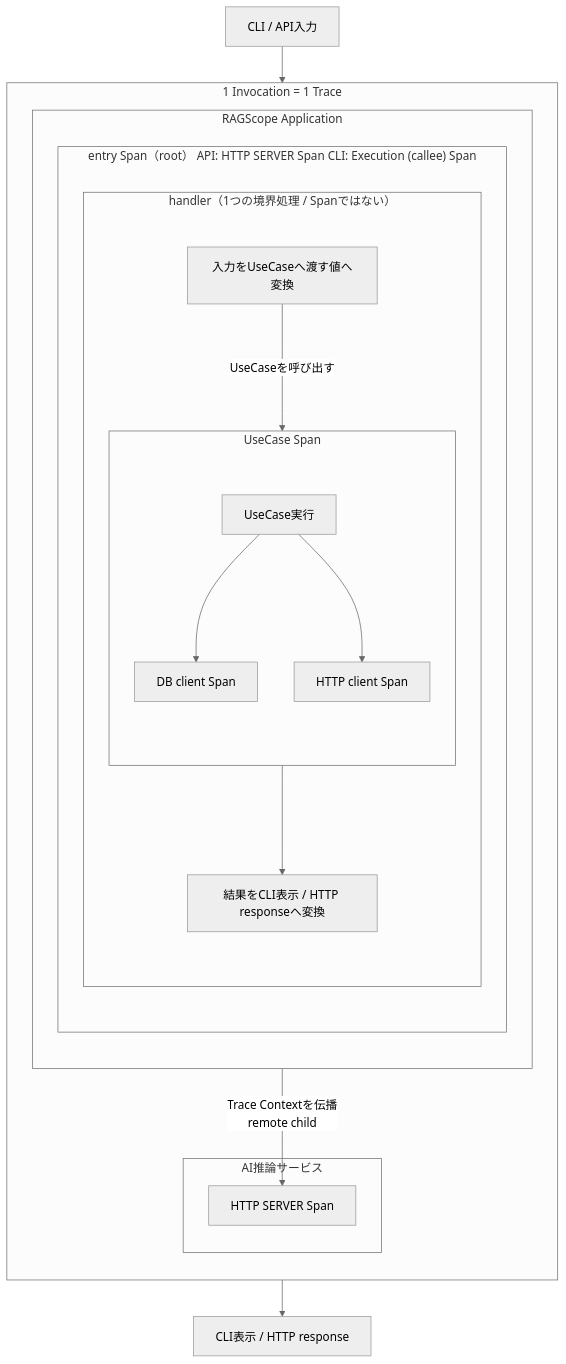
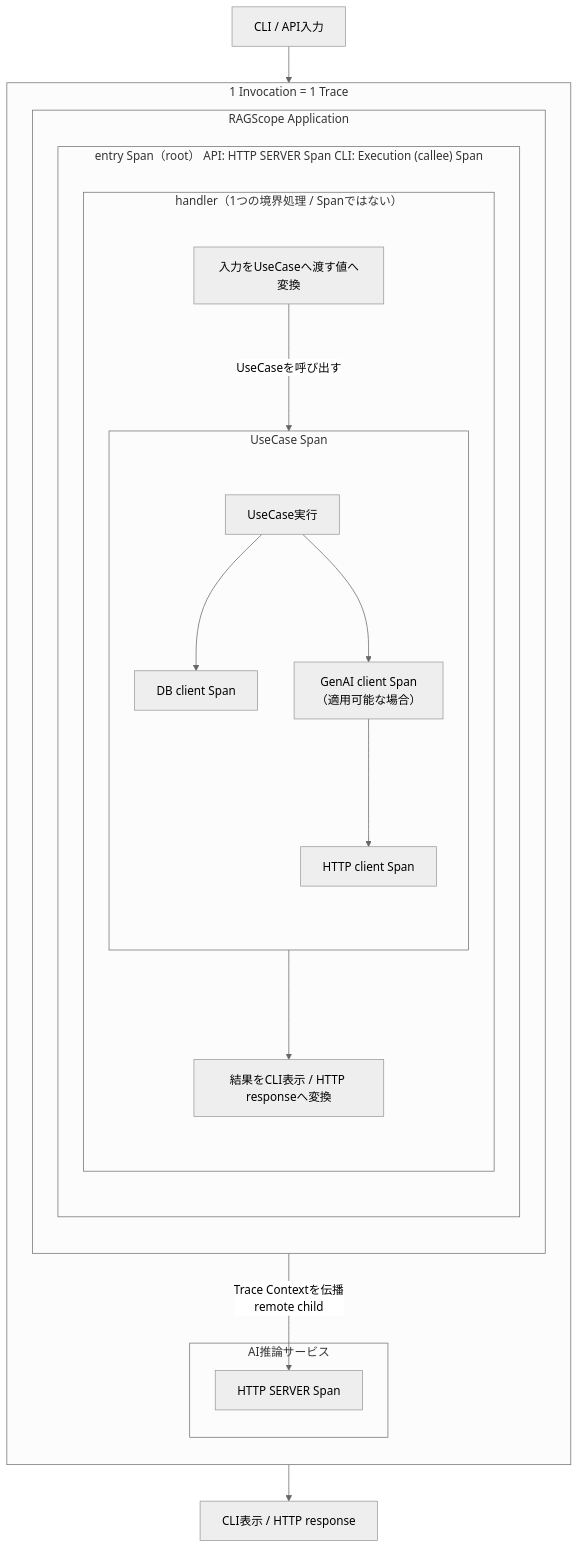
Before and after one commit to takashit16833/Workbench: the diagram in Notes/RAGScope/RAGScopeアプリケーション/RS-0023 Trace設計メモ.md, drawn with Mermaid (neutral theme). The commit also changed other lines of this file, not shown here.

Commit message:
notes: separate GenAI operation from HTTP transport

````diff
--- a/Notes/RAGScope/RAGScopeアプリケーション/RS-0023 Trace設計メモ.md
+++ b/Notes/RAGScope/RAGScopeアプリケーション/RS-0023 Trace設計メモ.md
@@ -79,40 +79,41 @@
 ```mermaid
 flowchart TB
     INPUT["CLI / API入力"]
 
     subgraph TRACE["1 Invocation = 1 Trace"]
         direction TB
 
         subgraph APP["RAGScope Application"]
             direction TB
 
             subgraph ENTRY["entry Span（root） API: HTTP SERVER Span CLI: Execution (callee) Span"]
                 direction TB
 
                 subgraph HANDLER["handler（1つの境界処理 / Spanではない）"]
                     direction TB
                     HIN["入力をUseCaseへ渡す値へ変換"]
 
                     subgraph UCSPAN["UseCase Span"]
                         direction TB
                         UC["UseCase実行"]
                         UC --> DB["DB client Span"]
-                        UC --> AI_REQ["HTTP client Span"]
+                        UC --> GENAI["GenAI client Span<br>（適用可能な場合）"]
+                        GENAI --> AI_REQ["HTTP client Span"]
                     end
 
                     HIN -->|"UseCaseを呼び出す"| UC
                     UC --> HOUT["結果をCLI表示 / HTTP responseへ変換"]
                 end
             end
         end
 
         subgraph AISVC["AI推論サービス"]
             AI_SERVER["HTTP SERVER Span"]
         end
 
         AI_REQ -->|"Trace Contextを伝播<br>remote child"| AI_SERVER
     end
 
     INPUT --> HIN
     HOUT --> OUTPUT["CLI表示 / HTTP response"]
 ```
````
